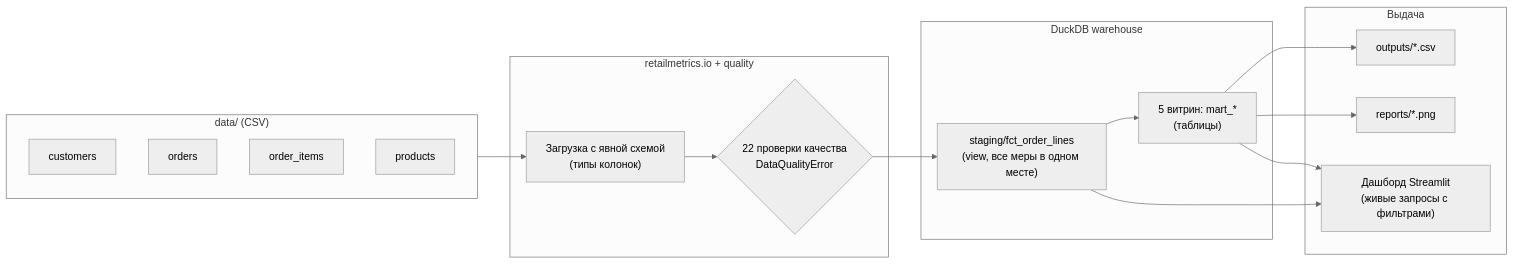
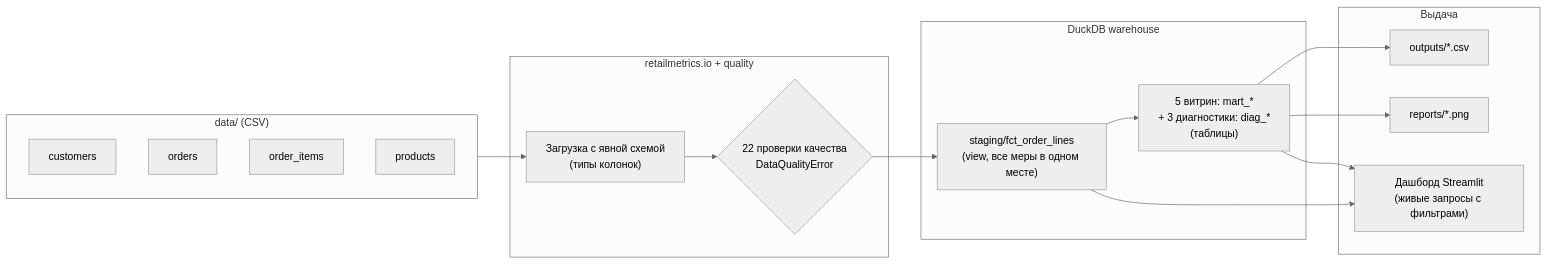
Before and after one commit to lllexalllepexa/portfolio-retailmetrics: the diagram in README.ru.md, drawn with Mermaid (neutral theme). The commit also changed other lines of this file and 20 other files, not shown here.

````diff
--- a/README.ru.md
+++ b/README.ru.md
@@ -94,22 +98,22 @@
 ```mermaid
 flowchart LR
     subgraph Raw["data/ (CSV)"]
         C[customers] & O[orders] & OI[order_items] & P[products]
     end
     subgraph Load["retailmetrics.io + quality"]
         L["Загрузка с явной схемой<br/>(типы колонок)"]
         Q{"22 проверки качества<br/>DataQualityError"}
     end
     subgraph Model["DuckDB warehouse"]
         S["staging/fct_order_lines<br/>(view, все меры в одном месте)"]
-        M["5 витрин: mart_*<br/>(таблицы)"]
+        M["5 витрин: mart_*<br/>+ 3 диагностики: diag_*<br/>(таблицы)"]
     end
     subgraph Serve["Выдача"]
         CSV["outputs/*.csv"]
         PNG["reports/*.png"]
         APP["Дашборд Streamlit<br/>(живые запросы с фильтрами)"]
     end
     Raw --> L --> Q --> S --> M
     M --> CSV & PNG
     S & M --> APP
 ```
````
